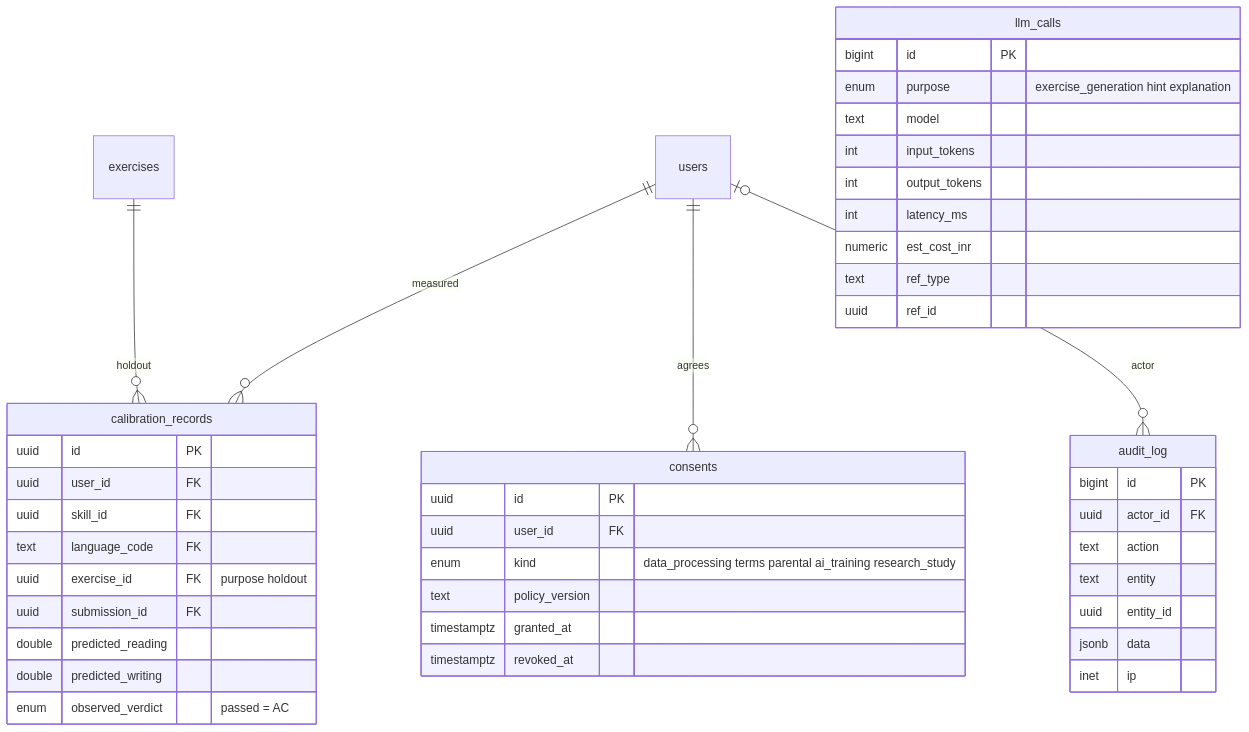
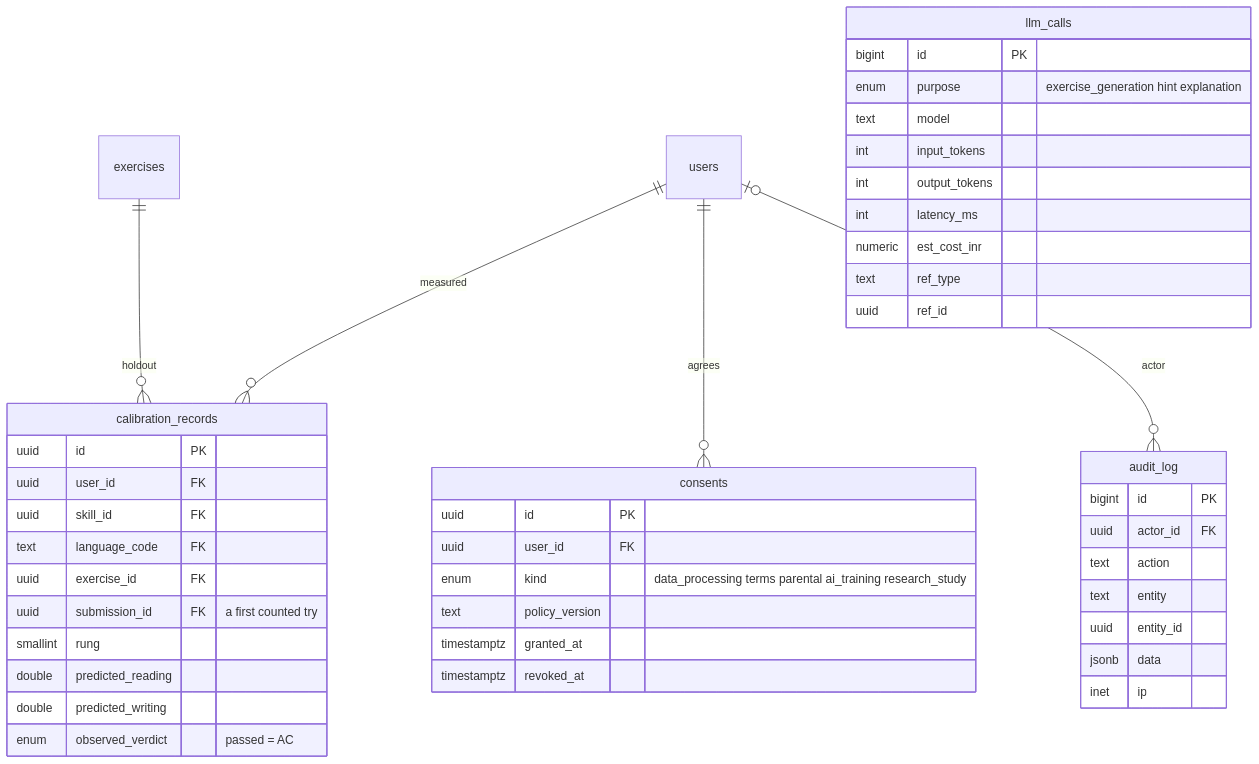
Before and after one commit to Nidanos/ai-tutor-platform: diagram 15 of 32 in DOCS/phase-2/MP3-System-Design.md, drawn with Mermaid. The commit also changed other lines of this file and 4 other files, not shown here.

````diff
--- a/DOCS/phase-2/MP3-System-Design.md
+++ b/DOCS/phase-2/MP3-System-Design.md
@@ -975,46 +975,47 @@
 ```mermaid
 erDiagram
   users ||--o{ calibration_records : "measured"
   exercises ||--o{ calibration_records : "holdout"
   users ||--o{ consents : "agrees"
   users |o--o{ audit_log : "actor"
   calibration_records {
     uuid id PK
     uuid user_id FK
     uuid skill_id FK
     text language_code FK
-    uuid exercise_id FK "purpose holdout"
-    uuid submission_id FK
+    uuid exercise_id FK
+    uuid submission_id FK "a first counted try"
+    smallint rung
     double predicted_reading
     double predicted_writing
     enum observed_verdict "passed = AC"
   }
   consents {
     uuid id PK
     uuid user_id FK
     enum kind "data_processing terms parental ai_training research_study"
     text policy_version
     timestamptz granted_at
     timestamptz revoked_at
   }
   llm_calls {
     bigint id PK
     enum purpose "exercise_generation hint explanation"
     text model
     int input_tokens
     int output_tokens
     int latency_ms
     numeric est_cost_inr
     text ref_type
     uuid ref_id
   }
   audit_log {
     bigint id PK
     uuid actor_id FK
     text action
     text entity
     uuid entity_id
     jsonb data
     inet ip
   }
 ```
````
